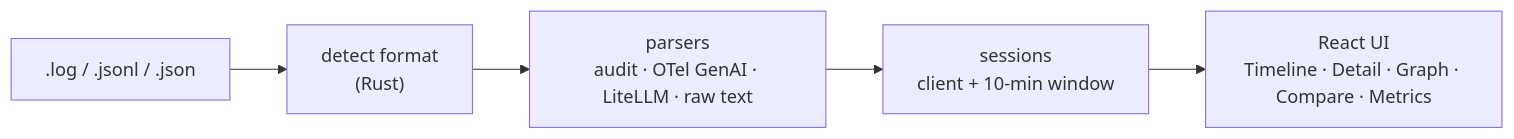
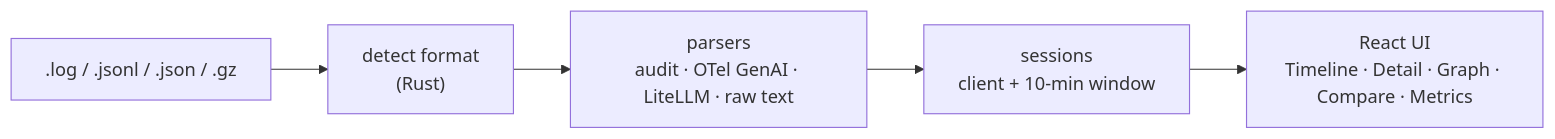
The diagram in README.md (aralde/ThreadlineLM), drawn with Mermaid before and after one commit. The commit also changed other lines of this file and 6 other files, not shown here.

````diff
--- a/README.md
+++ b/README.md
@@ -88,7 +90,7 @@
 ```mermaid
 graph LR
-    A[".log / .jsonl / .json"] --> B["detect format<br/>(Rust)"]
+    A[".log / .jsonl / .json / .gz"] --> B["detect format<br/>(Rust)"]
     B --> C["parsers<br/>audit · OTel GenAI · LiteLLM · raw text"]
     C --> D["sessions<br/>client + 10-min window"]
     D --> E["React UI<br/>Timeline · Detail · Graph · Compare · Metrics"]
 ```
````
